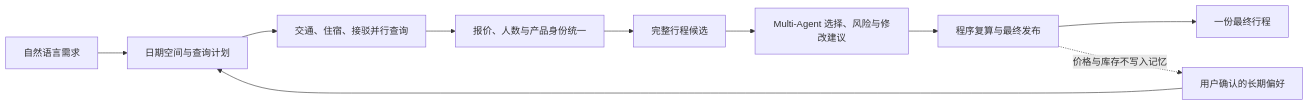
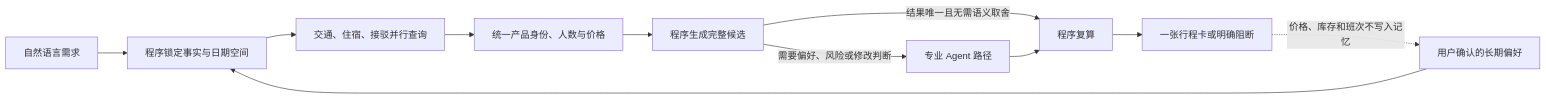
The diagram in README.md (Oxygen56/TripChord), drawn with Mermaid before and after one commit. The commit also changed other lines of this file and 4 other files, not shown here.

````diff
--- a/README.md
+++ b/README.md
@@ -69,12 +73,13 @@
 ```mermaid
 flowchart LR
-  A[自然语言需求] --> B[日期空间与查询计划]
+  A[自然语言需求] --> B[程序锁定事实与日期空间]
   B --> C[交通、住宿、接驳并行查询]
-  C --> D[报价、人数与产品身份统一]
-  D --> E[完整行程候选]
-  E --> F[Multi-Agent 选择、风险与修改建议]
-  F --> G[程序复算与最终发布]
-  G --> H[一份最终行程]
+  C --> D[统一产品身份、人数与价格]
+  D --> E[程序生成完整候选]
+  E -->|结果唯一且无需语义取舍| G[程序复算]
+  E -->|需要偏好、风险或修改判断| F[专业 Agent 路径]
+  F --> G
+  G --> H[一张行程卡或明确阻断]
   M[用户确认的长期偏好] --> B
-  G -.价格与库存不写入记忆.-> M
+  H -.价格、库存和班次不写入记忆.-> M
 ```
````
